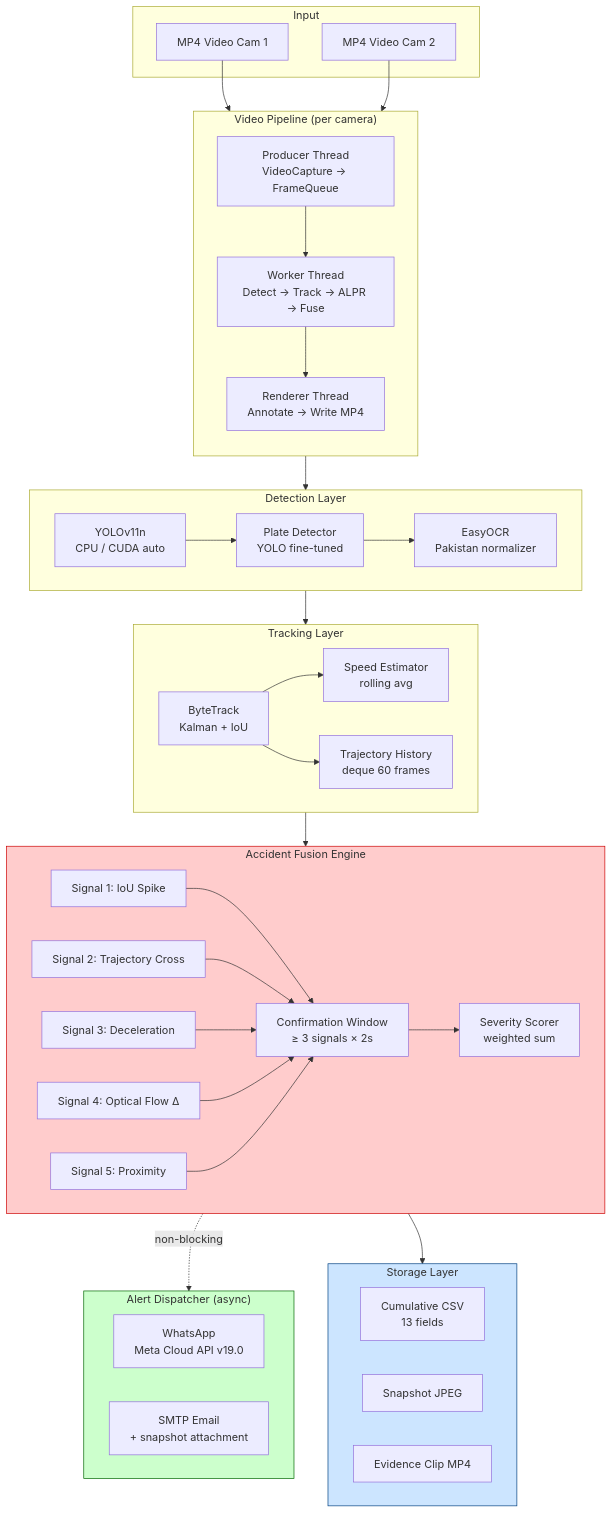
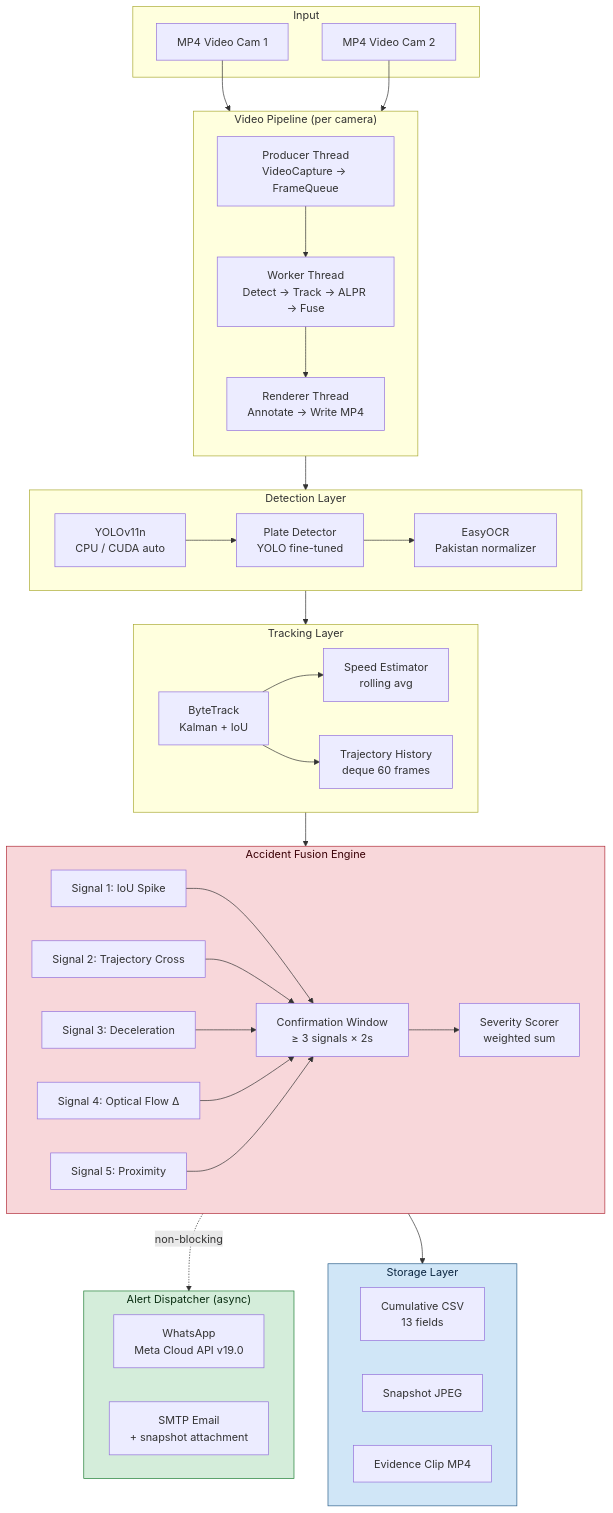
The diagram in README.md (Saifee16/ms-ada-traffic-accident-detection), drawn with Mermaid before and after one commit.

````diff
--- a/README.md
+++ b/README.md
@@ -27,63 +27,63 @@
 ```mermaid
 flowchart TB
     subgraph Input
         V1[MP4 Video Cam 1]
         V2[MP4 Video Cam 2]
     end
 
     subgraph Pipeline["Video Pipeline (per camera)"]
         direction TB
         PROD[Producer Thread\nVideoCapture → FrameQueue]
         WORK[Worker Thread\nDetect → Track → ALPR → Fuse]
         REND[Renderer Thread\nAnnotate → Write MP4]
         PROD --> WORK --> REND
     end
 
     subgraph Detection["Detection Layer"]
         YOLO[YOLOv11n\nCPU / CUDA auto]
         PLATE[Plate Detector\nYOLO fine-tuned]
         OCR[EasyOCR\nPakistan normalizer]
         YOLO --> PLATE --> OCR
     end
 
     subgraph Tracking["Tracking Layer"]
         BT[ByteTrack\nKalman + IoU]
         SPEED[Speed Estimator\nrolling avg]
         TRAJ[Trajectory History\ndeque 60 frames]
         BT --> SPEED
         BT --> TRAJ
     end
 
     subgraph Fusion["Accident Fusion Engine"]
         S1[Signal 1: IoU Spike]
         S2[Signal 2: Trajectory Cross]
         S3[Signal 3: Deceleration]
         S4[Signal 4: Optical Flow Δ]
         S5[Signal 5: Proximity]
         CONF[Confirmation Window\n≥ 3 signals × 2s]
         SEV[Severity Scorer\nweighted sum]
         S1 & S2 & S3 & S4 & S5 --> CONF --> SEV
     end
 
     subgraph Alerts["Alert Dispatcher (async)"]
         WA[WhatsApp\nMeta Cloud API v19.0]
         SMTP[SMTP Email\n+ snapshot attachment]
     end
 
     subgraph Storage["Storage Layer"]
         CSV[Cumulative CSV\n13 fields]
         SNAP[Snapshot JPEG]
         CLIP[Evidence Clip MP4]
     end
 
     V1 & V2 --> Pipeline
     Pipeline --> Detection
     Detection --> Tracking
     Tracking --> Fusion
     Fusion -.->|non-blocking| Alerts
     Fusion --> Storage
 
-    style Fusion fill:#ffcccc,stroke:#cc0000
-    style Alerts fill:#ccffcc,stroke:#006600
-    style Storage fill:#cce5ff,stroke:#004080
+    style Fusion fill:#f8d7da,stroke:#b02a37,color:#3a0006
+    style Alerts fill:#d4edda,stroke:#1e7e34,color:#0a2e12
+    style Storage fill:#d0e6f7,stroke:#2c5f8a,color:#0a2540
 ```
````
